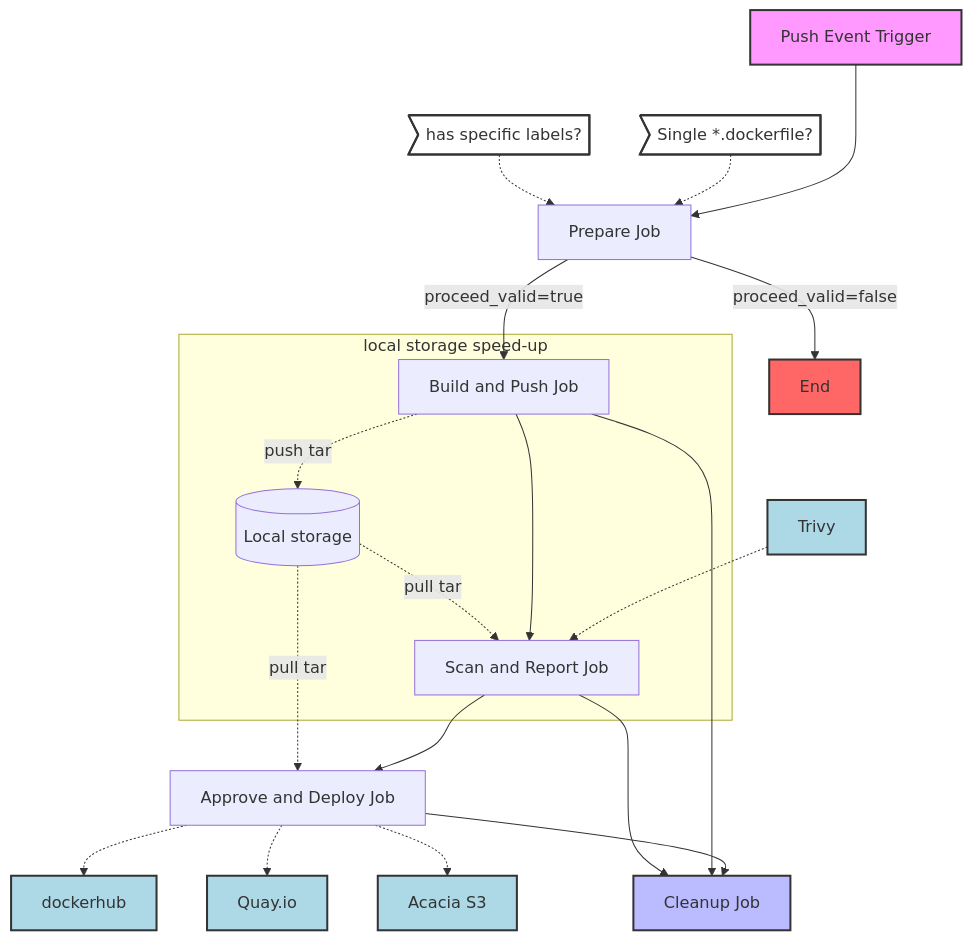
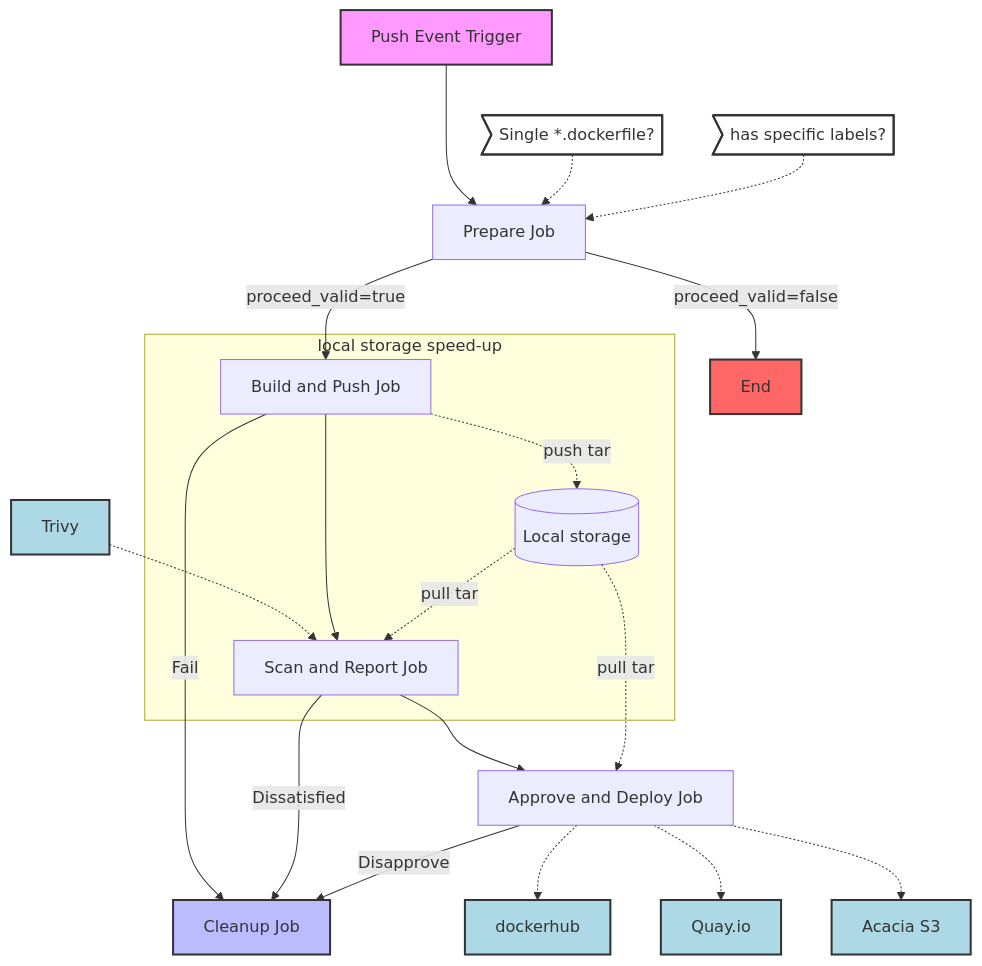
Before and after one commit to Quleaf/TestAction: the diagram in .github/workflows/Readme.md, drawn with Mermaid. The commit also changed 1 other file, not shown here.

````diff
--- a/.github/workflows/Readme.md
+++ b/.github/workflows/Readme.md
@@ -6,42 +6,44 @@
 ```mermaid
 graph TD
     A[Push Event Trigger] ---> B[Prepare Job]
     
     B1>Single *.dockerfile?] -.-> B
     B2>has specific labels? ] -.-> B
     B -->|proceed_valid=true| C[Build and Push Job]
     B -->|proceed_valid=false| F[End]
     
     C1[Trivy] -.->D[Build and Push Job]
     C --> D[Scan and Report Job]
   
    
     
     D --> E[Approve and Deploy Job]
-     C3-.->|pull tar|E
+    C --> |Fail|G
+    D --> |Dissatisfied|G  
+    E --> |Disapprove|G[Cleanup Job]
+
+    C3-.->|pull tar|E
     E -.->H[dockerhub]
     E -.->I[Quay.io]
     E -.->J[Acacia S3]
-
-    E --> G[Cleanup Job]
     
-    C --> G
-    D --> G    
+    
+  
 
     subgraph local storage speed-up
         C[Build and Push Job] -.-> |push tar|C3[(Local storage)]
         C3-.->|pull tar|D[Scan and Report Job]
 
     end
     
     %% Styling for clarity
     style A fill:#f9f,stroke:#333,stroke-width:2px
     style F fill:#f66,stroke:#333,stroke-width:2px
     style G fill:#bbf,stroke:#333,stroke-width:2px
     style B1 fill:#fff,stroke:#333,stroke-width:2px
     style B2 fill:#fff,stroke:#333,stroke-width:2px
     style C1 fill:#add8e6,stroke:#333,stroke-width:2px
     style H fill:#add8e6,stroke:#333,stroke-width:2px
     style I fill:#add8e6,stroke:#333,stroke-width:2px
     style J fill:#add8e6,stroke:#333,stroke-width:2px
 ```
````
